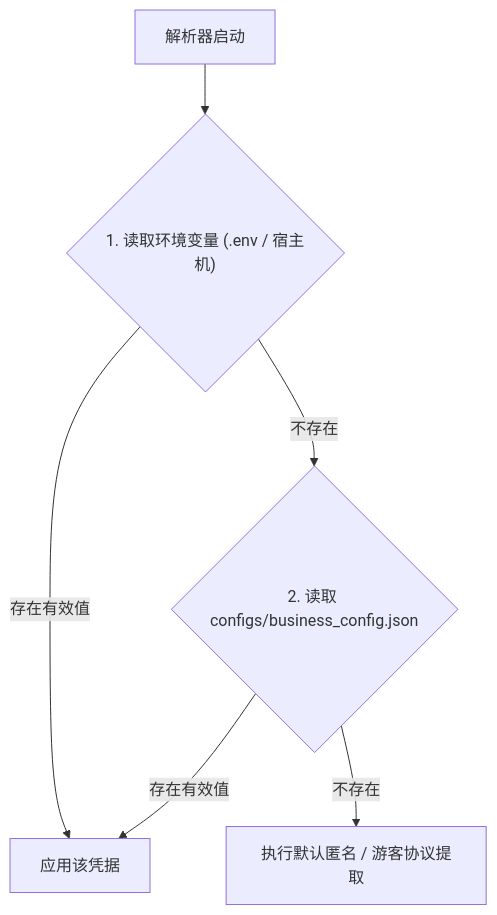
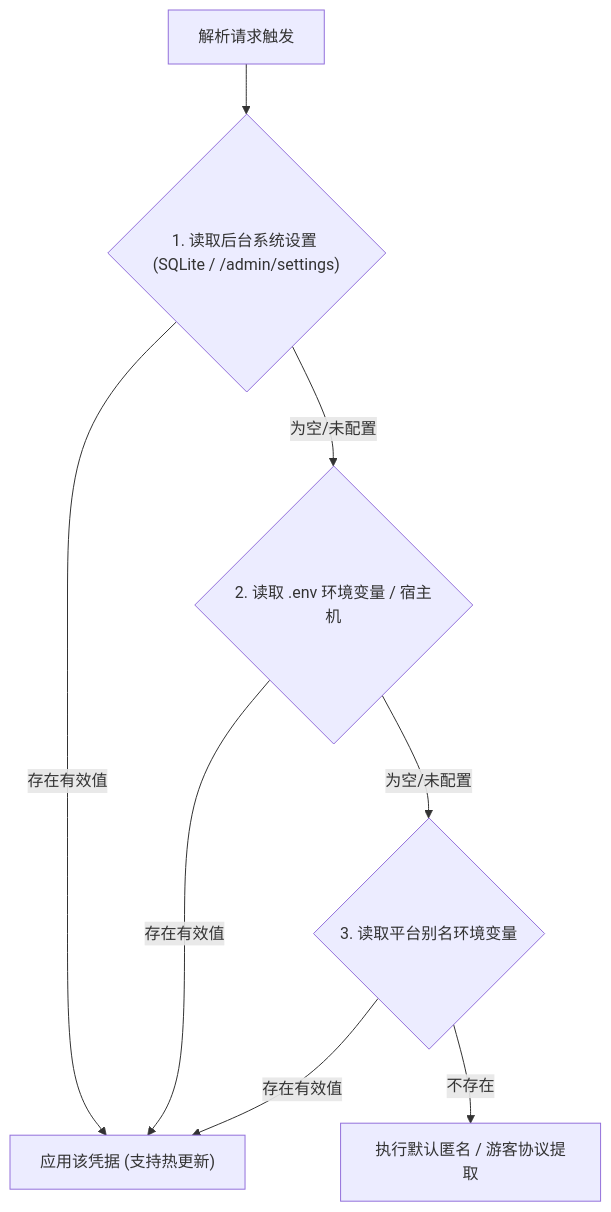
Before and after one commit to Gitiy/repos: the diagram in docs/cookie-config.md, drawn with Mermaid. The commit also changed other lines of this file and 20 other files, not shown here.

````diff
--- a/docs/cookie-config.md
+++ b/docs/cookie-config.md
@@ -28,8 +28,10 @@
 ```mermaid
 flowchart TD
-    A["解析器启动"] --> B{"1. 读取环境变量 (.env / 宿主机)"}
-    B -->|"存在有效值"| Pass["应用该凭据"]
-    B -->|"不存在"| C{"2. 读取 configs/business_config.json"}
+    A["解析请求触发"] --> B{"1. 读取后台系统设置 (SQLite / /admin/settings)"}
+    B -->|"存在有效值"| Pass["应用该凭据 (支持热更新)"]
+    B -->|"为空/未配置"| C{"2. 读取 .env 环境变量 / 宿主机"}
     C -->|"存在有效值"| Pass
-    C -->|"不存在"| D["执行默认匿名 / 游客协议提取"]
+    C -->|"为空/未配置"| D{"3. 读取平台别名环境变量"}
+    D -->|"存在有效值"| Pass
+    D -->|"不存在"| E["执行默认匿名 / 游客协议提取"]
 ```
````
